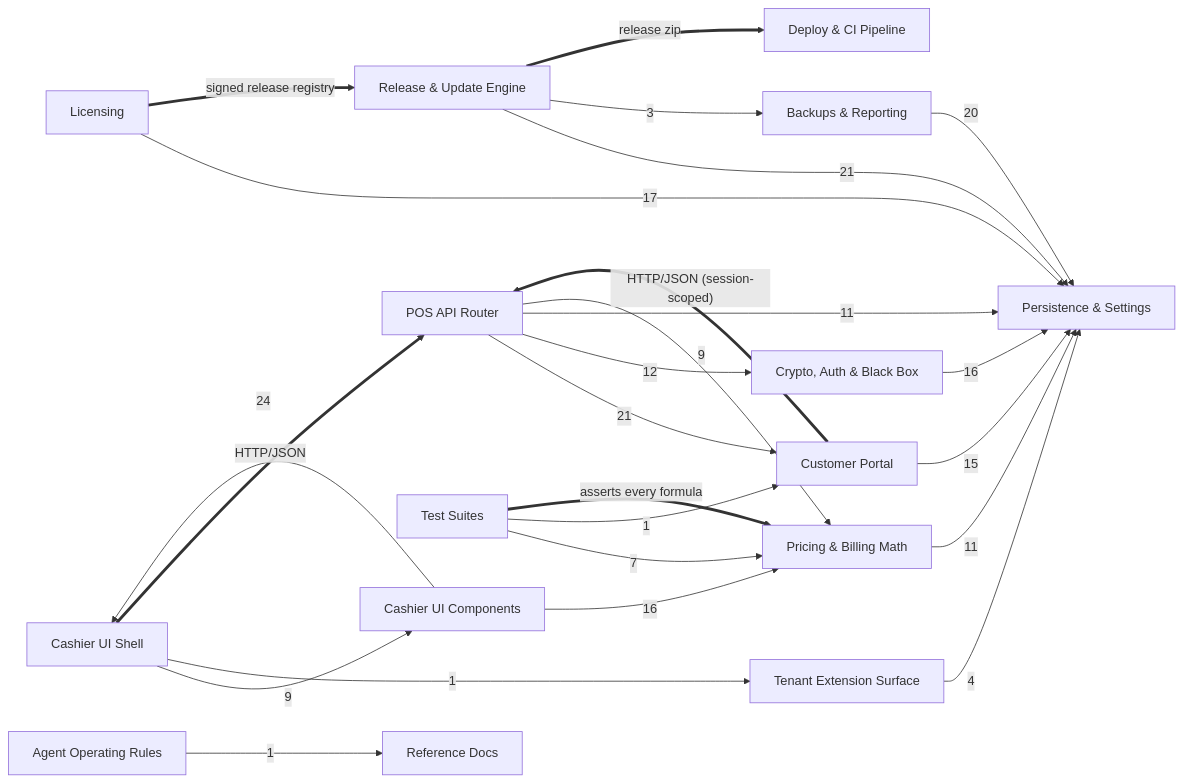
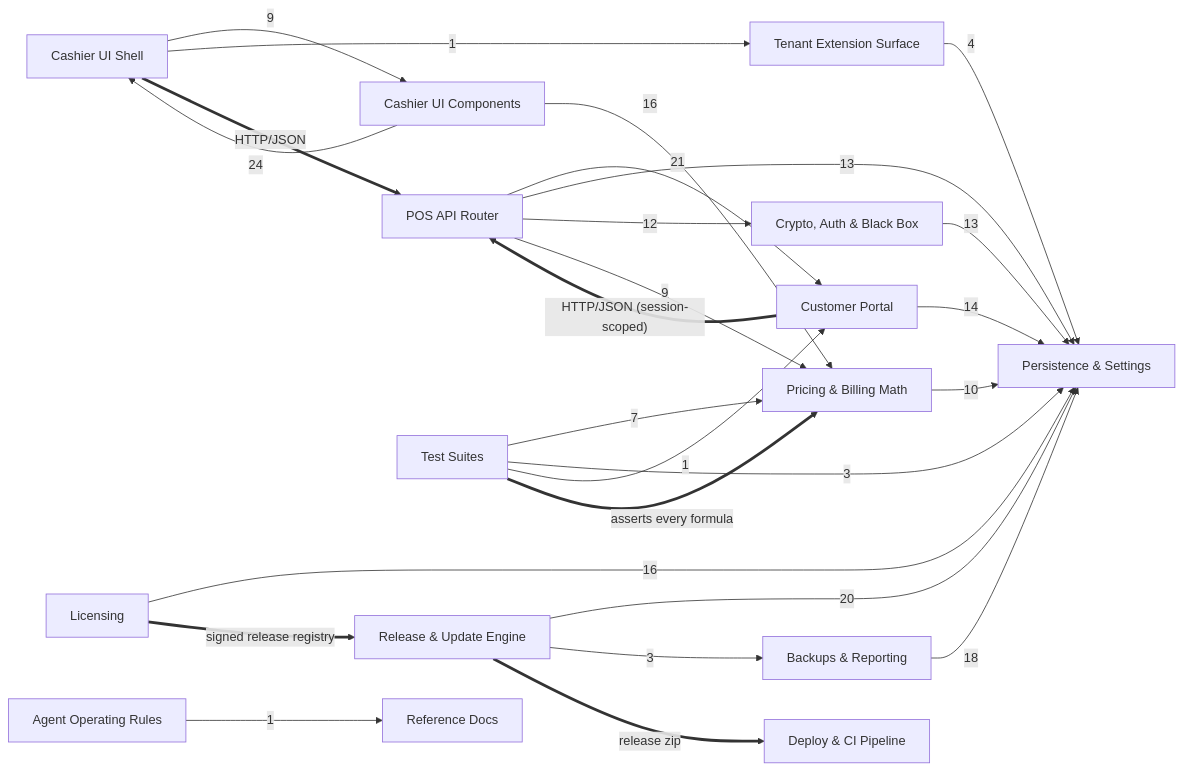
Before and after one commit to Vishalnayak226/gold_pos: the second of 2 diagrams in docs/brain/BRAIN.md, drawn with Mermaid. The commit also changed other lines of this file and 12 other files, not shown here.

````diff
--- a/docs/brain/BRAIN.md
+++ b/docs/brain/BRAIN.md
@@ -92,42 +92,43 @@
 ```mermaid
 flowchart LR
   pos_api["POS API Router"]
   customer_portal["Customer Portal"]
+  persistence["Persistence & Settings"]
   security["Crypto, Auth & Black Box"]
-  persistence["Persistence & Settings"]
   pricing["Pricing & Billing Math"]
   pos_ui["Cashier UI Shell"]
   pos_components["Cashier UI Components"]
   extensions["Tenant Extension Surface"]
   licensing["Licensing"]
   updates["Release & Update Engine"]
   maintenance["Backups & Reporting"]
   tests["Test Suites"]
   agent_config["Agent Operating Rules"]
   reference["Reference Docs"]
   deploy["Deploy & CI Pipeline"]
   pos_api -->|"21"| customer_portal
+  pos_api -->|"13"| persistence
   pos_api -->|"12"| security
-  pos_api -->|"11"| persistence
   pos_api -->|"9"| pricing
-  pricing -->|"11"| persistence
+  pricing -->|"10"| persistence
   pos_ui -->|"9"| pos_components
   pos_ui -->|"1"| extensions
   pos_components -->|"24"| pos_ui
   pos_components -->|"16"| pricing
-  customer_portal -->|"15"| persistence
-  licensing -->|"17"| persistence
-  updates -->|"21"| persistence
+  customer_portal -->|"14"| persistence
+  licensing -->|"16"| persistence
+  updates -->|"20"| persistence
   updates -->|"3"| maintenance
-  security -->|"16"| persistence
+  security -->|"13"| persistence
   extensions -->|"4"| persistence
-  maintenance -->|"20"| persistence
+  maintenance -->|"18"| persistence
   tests -->|"7"| pricing
+  tests -->|"3"| persistence
   tests -->|"1"| customer_portal
   agent_config -->|"1"| reference
   pos_ui ==>|"HTTP/JSON"| pos_api
   customer_portal ==>|"HTTP/JSON (session-scoped)"| pos_api
   licensing ==>|"signed release registry"| updates
   updates ==>|"release zip"| deploy
   tests ==>|"asserts every formula"| pricing
 ```
````
